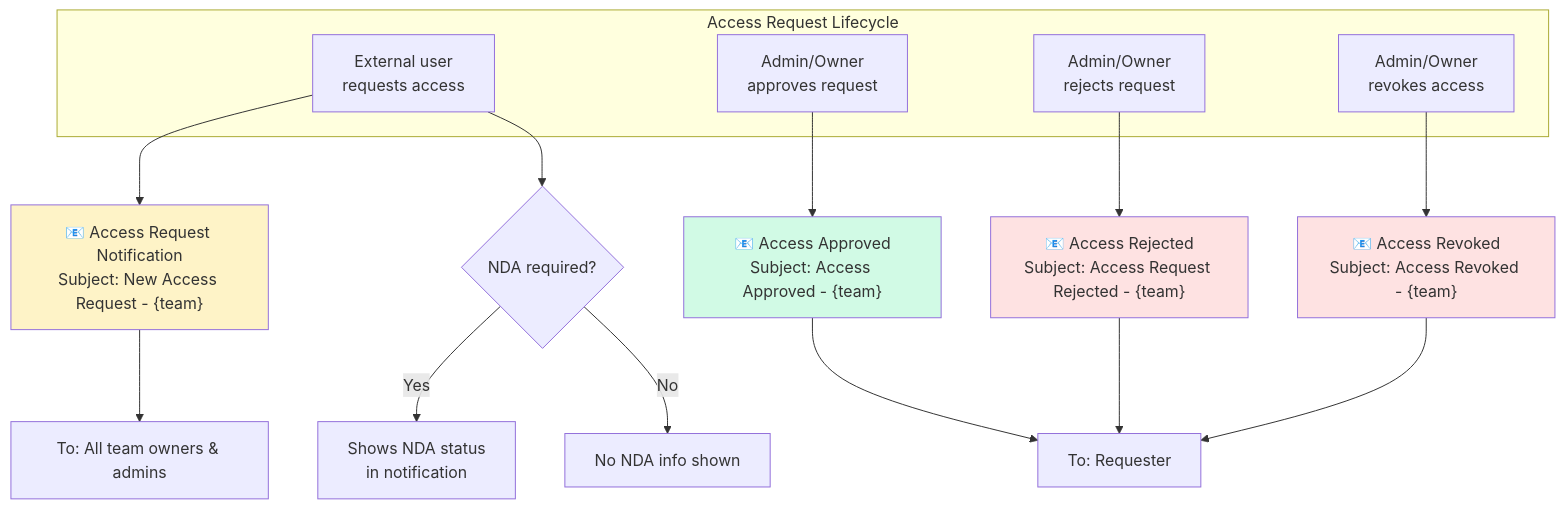
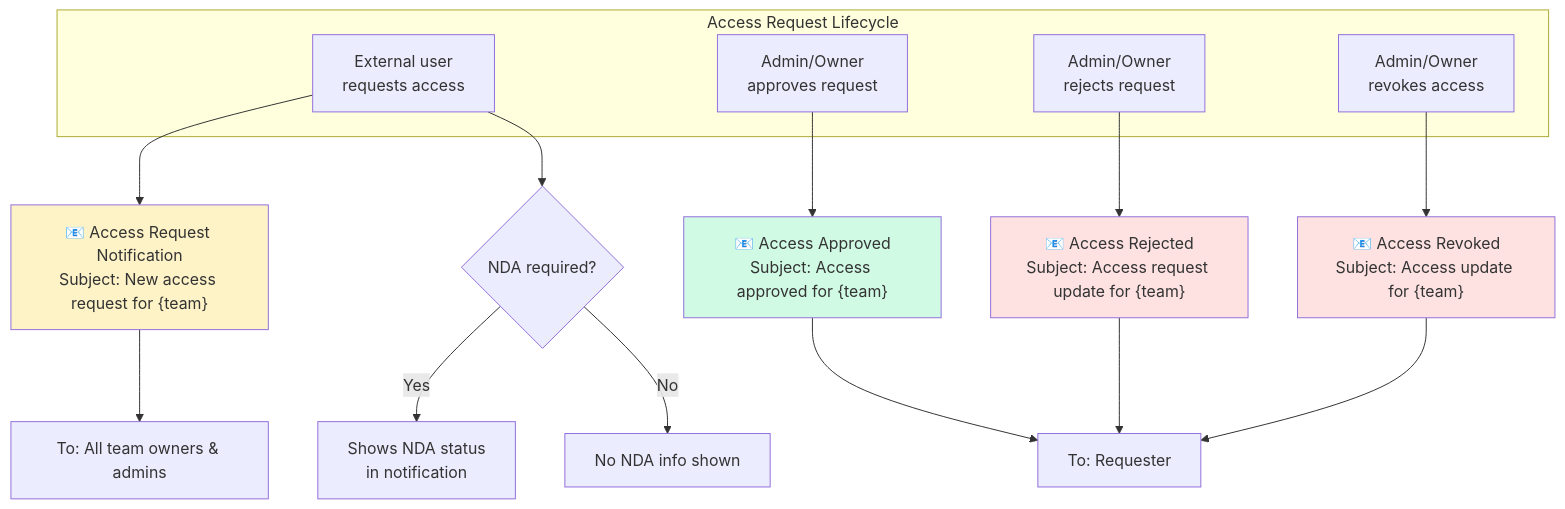
One commit to sbomify/sbomify changed the fifth of 7 diagrams in docs/email-triggers.md. Above: the diagram before and after it, drawn with Mermaid. The commit also changed other lines of this file and 1 other file, not shown here.

````diff
--- a/docs/email-triggers.md
+++ b/docs/email-triggers.md
@@ -187,28 +187,28 @@
 ```mermaid
 flowchart TD
     subgraph "Access Request Lifecycle"
         A1[External user\nrequests access]
         A2[Admin/Owner\napproves request]
         A3[Admin/Owner\nrejects request]
         A4[Admin/Owner\nrevokes access]
     end
 
-    A1 --> E1["📧 Access Request Notification\nSubject: New Access Request - {team}"]
-    A2 --> E2["📧 Access Approved\nSubject: Access Approved - {team}"]
-    A3 --> E3["📧 Access Rejected\nSubject: Access Request Rejected - {team}"]
-    A4 --> E4["📧 Access Revoked\nSubject: Access Revoked - {team}"]
+    A1 --> E1["📧 Access Request Notification\nSubject: New access request for {team}"]
+    A2 --> E2["📧 Access Approved\nSubject: Access approved for {team}"]
+    A3 --> E3["📧 Access Rejected\nSubject: Access request update for {team}"]
+    A4 --> E4["📧 Access Revoked\nSubject: Access update for {team}"]
 
     E1 --> R1[To: All team owners & admins]
     E2 --> R2[To: Requester]
     E3 --> R2
     E4 --> R2
 
     A1 --> NDA{NDA required?}
     NDA --> |Yes| NDA_STATUS[Shows NDA status\nin notification]
     NDA --> |No| NO_NDA[No NDA info shown]
 
     style E1 fill:#fef3c7
     style E2 fill:#d1fae5
     style E3 fill:#fee2e2
     style E4 fill:#fee2e2
 ```
````
